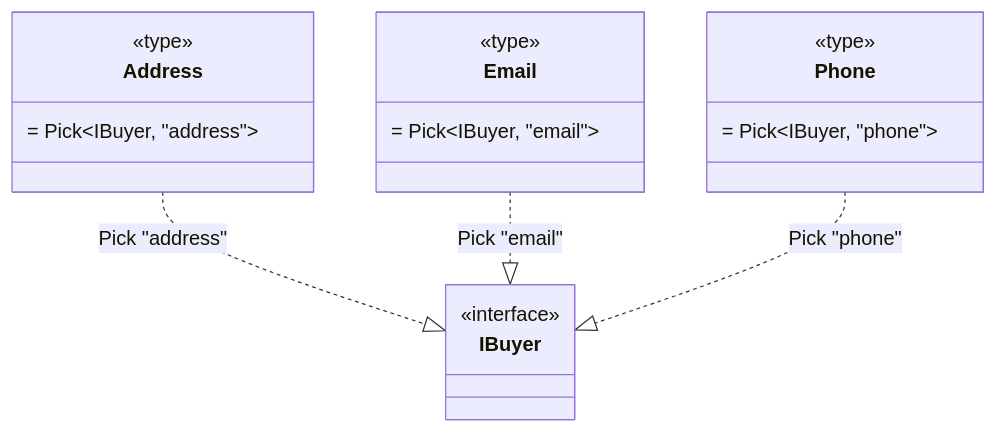
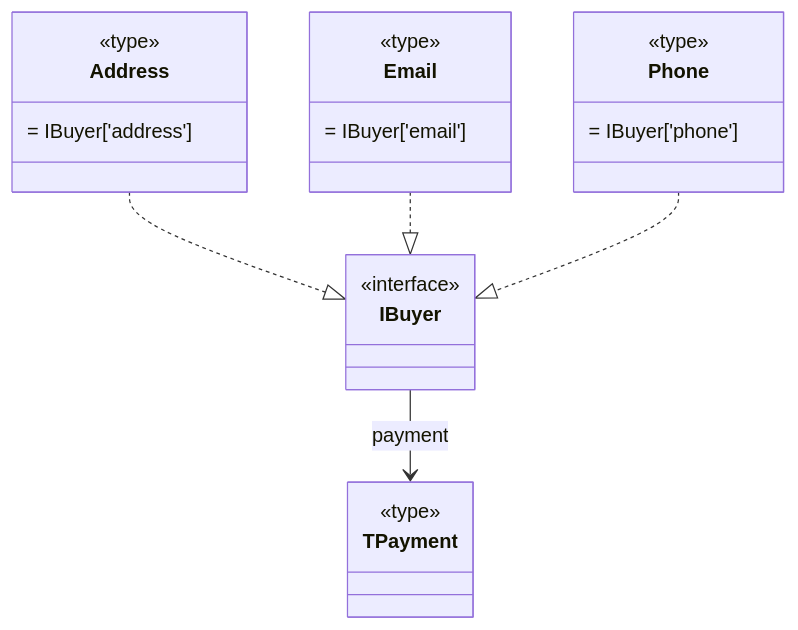
Before and after one commit to vvk2020/weblarek: the seventh of 7 diagrams in README.md, drawn with Mermaid. The commit also changed other lines of this file and 2 other files, not shown here.

````diff
--- a/README.md
+++ b/README.md
@@ -346,25 +373,30 @@
 ```mermaid
 classDiagram
+    class IBuyer {
+        <<interface>>
+    }
+
     class Address {
         <<type>>
-        = Pick~IBuyer, "address"~
+        = IBuyer['address']
     }
 
     class Email {
         <<type>>
-        = Pick~IBuyer, "email"~
+        = IBuyer['email']
     }
 
     class Phone {
         <<type>>
-        = Pick~IBuyer, "phone"~
+        = IBuyer['phone']
     }
 
-    class IBuyer {
-        <<interface>>
+    class TPayment {
+        <<type>>
     }
 
-    Address ..|> IBuyer : Pick "address"
-    Email ..|> IBuyer : Pick "email"
-    Phone ..|> IBuyer : Pick "phone"
+    IBuyer --> TPayment : payment
+    Address ..|> IBuyer
+    Email ..|> IBuyer
+    Phone ..|> IBuyer
 ```
````
